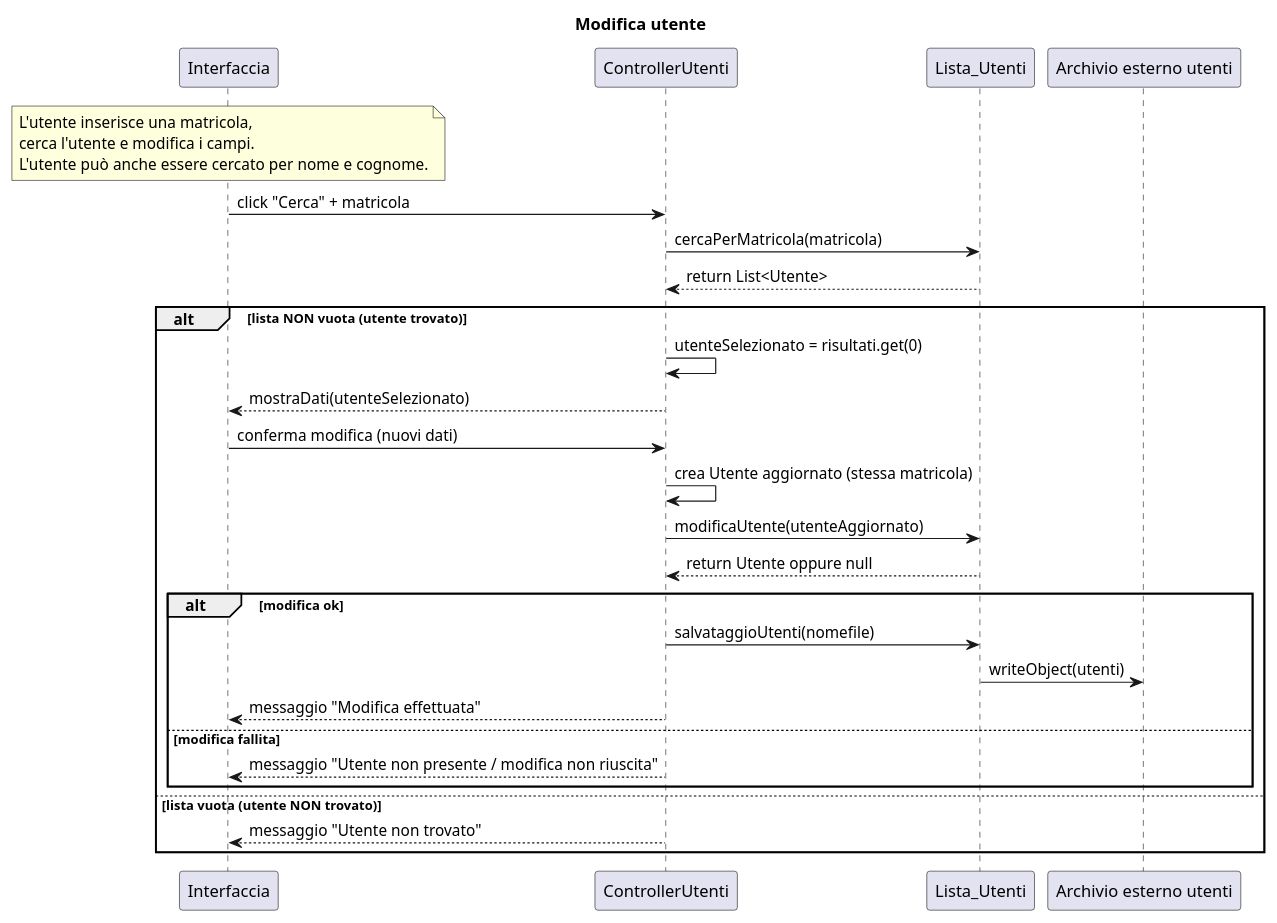
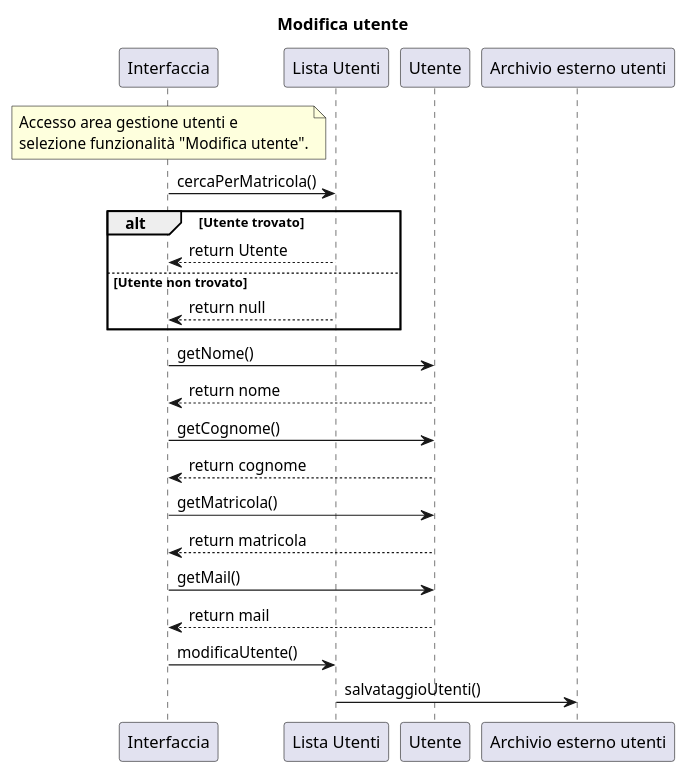
Before and after one commit to amalinconico6-cpu/Biblioteca_universitaria_10: the diagram in Progettazione/AllDiagramsCode/IndividualSequenceDiagramsCode/ModificaUtente.wsd, drawn with PlantUML. The commit also changed 1 other file, not shown here.

```diff
--- a/Progettazione/AllDiagramsCode/IndividualSequenceDiagramsCode/ModificaUtente.wsd
+++ b/Progettazione/AllDiagramsCode/IndividualSequenceDiagramsCode/ModificaUtente.wsd
@@ -1,45 +1,38 @@
 @startuml ModificaUtente
 title Modifica utente
 
 participant "Interfaccia" as UI
-participant "ControllerUtenti" as C
-participant "Lista_Utenti" as ListaUtenti
+participant "Lista Utenti" as ListaUtenti
+participant "Utente" as Utente
 participant "Archivio esterno utenti" as ArchUtenti
 
+' Accesso area gestione / modifica utenti (riassunto nello UI)
 note over UI
-L'utente inserisce una matricola,
-cerca l'utente e modifica i campi.
-L'utente può anche essere cercato per nome e cognome.
+Accesso area gestione utenti e
+selezione funzionalità "Modifica utente".
 end note
 
-' --- Ricerca utente ---
-UI -> C: click "Cerca" + matricola
-C -> ListaUtenti: cercaPerMatricola(matricola)
-ListaUtenti --> C: return List<Utente>
+' --- Ricerca / selezione utente ---
+    UI -> ListaUtenti: cercaPerMatricola() 
 
-alt lista NON vuota (utente trovato)
-    C -> C: utenteSelezionato = risultati.get(0)
-
-    ' --- Mostra dati correnti (getter usati dalla UI) ---
-    C --> UI: mostraDati(utenteSelezionato)
-
-    ' --- Conferma modifica ---
-    UI -> C: conferma modifica (nuovi dati)
-    C -> C: crea Utente aggiornato (stessa matricola)
-
-    C -> ListaUtenti: modificaUtente(utenteAggiornato)
-    ListaUtenti --> C: return Utente oppure null
-
-    alt modifica ok
-        C -> ListaUtenti: salvataggioUtenti(nomefile)
-        ListaUtenti -> ArchUtenti: writeObject(utenti)
-        C --> UI: messaggio "Modifica effettuata"
-    else modifica fallita
-        C --> UI: messaggio "Utente non presente / modifica non riuscita"
+    alt Utente trovato
+        ListaUtenti --> UI: return Utente
+    else Utente non trovato
+        ListaUtenti --> UI: return null
     end
 
-else lista vuota (utente NON trovato)
-    C --> UI: messaggio "Utente non trovato"
-end
+' --- Visualizzazione dati utente correnti ---
+UI -> Utente: getNome()
+Utente --> UI: return nome
+UI -> Utente: getCognome()
+Utente --> UI: return cognome
+UI -> Utente: getMatricola()
+Utente --> UI: return matricola
+UI -> Utente: getMail()
+Utente --> UI: return mail
+
+' --- Conferma modifica e aggiornamento archivi ---
+UI -> ListaUtenti: modificaUtente()
+ListaUtenti -> ArchUtenti: salvataggioUtenti()
 
 @enduml
```
